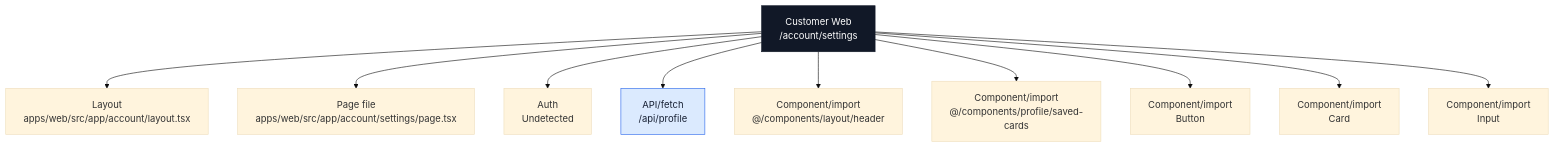
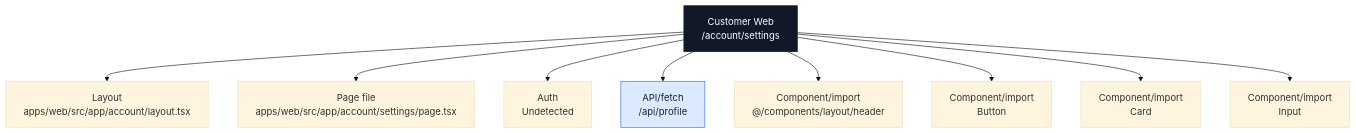
The sixth of 23 diagrams in docs/architecture/codebase-map/pages/web-pages.md (Ritenoob/ridendine-marketplace), drawn with Mermaid (base theme) before and after one commit. The commit also changed other lines of this file and 50 other files, not shown here.

````diff
--- a/docs/architecture/codebase-map/pages/web-pages.md
+++ b/docs/architecture/codebase-map/pages/web-pages.md
@@ -406,28 +409,26 @@
 ```mermaid
 flowchart TB
   Page["Customer Web<br/>/account/settings"]
   Layout["Layout<br/>apps/web/src/app/account/layout.tsx"]
   File["Page file<br/>apps/web/src/app/account/settings/page.tsx"]
   Auth["Auth<br/>Undetected"]
   Page --> Layout
   Page --> File
   Page --> Auth
   Api0["API/fetch<br/>/api/profile"]
   Page --> Api0
   Component0["Component/import<br/>@/components/layout/header"]
   Page --> Component0
-  Component1["Component/import<br/>@/components/profile/saved-cards"]
+  Component1["Component/import<br/>Button"]
   Page --> Component1
-  Component2["Component/import<br/>Button"]
+  Component2["Component/import<br/>Card"]
   Page --> Component2
-  Component3["Component/import<br/>Card"]
+  Component3["Component/import<br/>Input"]
   Page --> Component3
-  Component4["Component/import<br/>Input"]
-  Page --> Component4
   classDef page fill:#111827,stroke:#111827,color:#ffffff
   classDef data fill:#dcfce7,stroke:#16a34a,color:#172033
   classDef api fill:#dbeafe,stroke:#2563eb,color:#172033
   classDef warn fill:#fef3c7,stroke:#f59e0b,color:#172033
   class Page page
   class Api0 api
 ```
````
